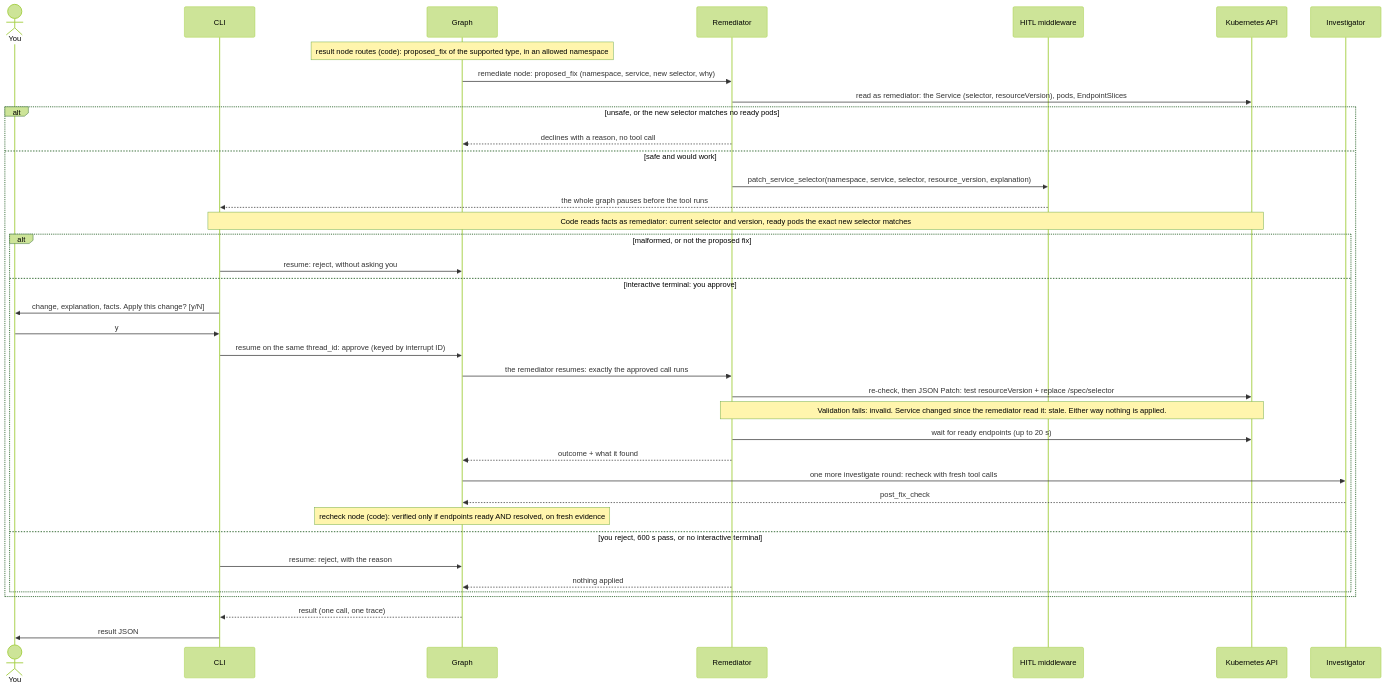
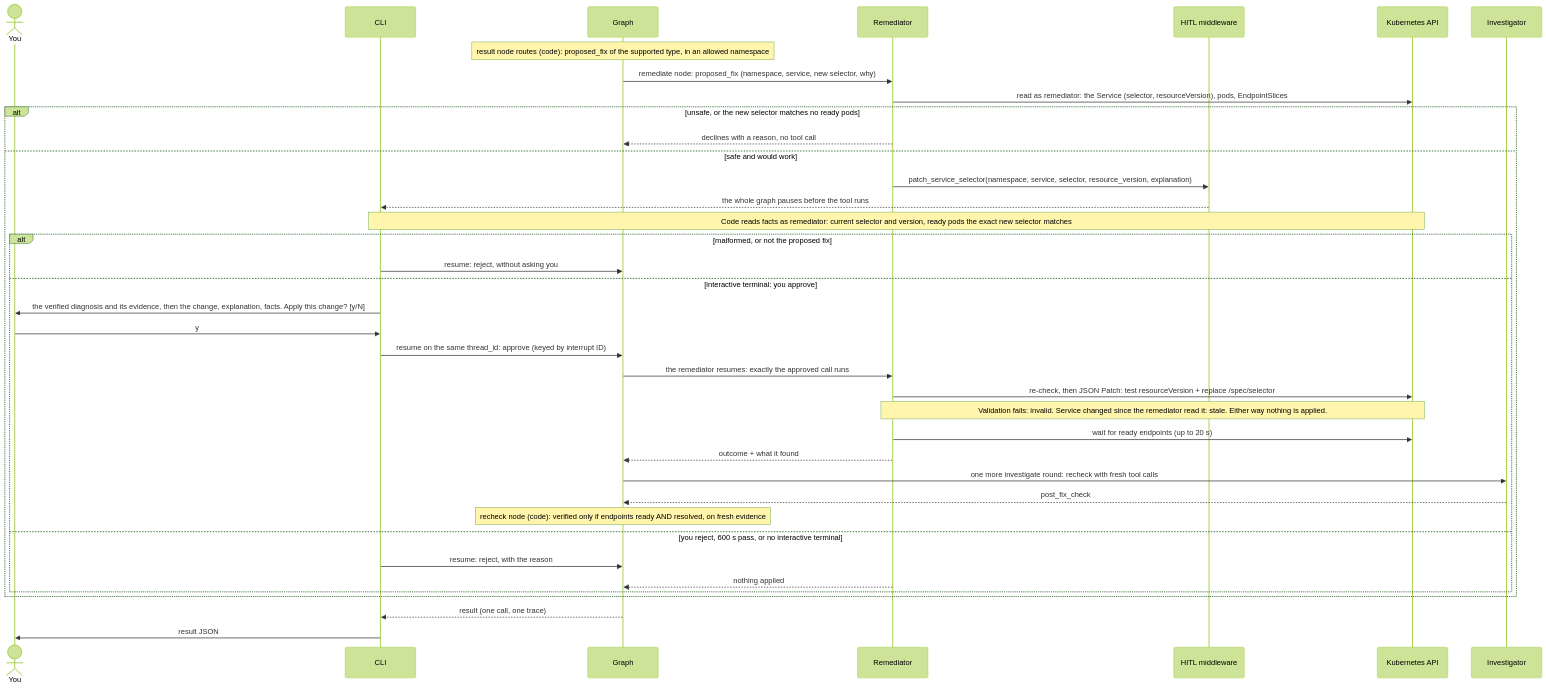
Before and after one commit to tomershukhman/k8s-troubleshooting-agent: the fourth of 7 diagrams in SPEC.md, drawn with Mermaid (forest theme). The commit also changed other lines of this file and 11 other files, not shown here.

First line of the commit message:
Show the verified diagnosis before asking to approve the fix

````diff
--- a/SPEC.md
+++ b/SPEC.md
@@ -456,41 +456,41 @@
 ```mermaid
 sequenceDiagram
     actor U as You
     participant CLI as CLI
     participant G as Graph
     participant R as Remediator
     participant H as HITL middleware
     participant K as Kubernetes API
     participant I as Investigator
 
     Note over G: result node routes (code): proposed_fix of the supported type, in an allowed namespace
     G->>R: remediate node: proposed_fix (namespace, service, new selector, why)
     R->>K: read as remediator: the Service (selector, resourceVersion), pods, EndpointSlices
     alt unsafe, or the new selector matches no ready pods
         R-->>G: declines with a reason, no tool call
     else safe and would work
         R->>H: patch_service_selector(namespace, service, selector, resource_version, explanation)
         H-->>CLI: the whole graph pauses before the tool runs
         Note over CLI,K: Code reads facts as remediator: current selector and version, ready pods the exact new selector matches
         alt malformed, or not the proposed fix
             CLI->>G: resume: reject, without asking you
         else interactive terminal: you approve
-            CLI->>U: change, explanation, facts. Apply this change? [y/N]
+            CLI->>U: the verified diagnosis and its evidence, then the change, explanation, facts. Apply this change? [y/N]
             U->>CLI: y
             CLI->>G: resume on the same thread_id: approve (keyed by interrupt ID)
             G->>R: the remediator resumes: exactly the approved call runs
             R->>K: re-check, then JSON Patch: test resourceVersion + replace /spec/selector
             Note over R,K: Validation fails: invalid. Service changed since the remediator read it: stale. Either way nothing is applied.
             R->>K: wait for ready endpoints (up to 20 s)
             R-->>G: outcome + what it found
             G->>I: one more investigate round: recheck with fresh tool calls
             I-->>G: post_fix_check
             Note over G: recheck node (code): verified only if endpoints ready AND resolved, on fresh evidence
         else you reject, 600 s pass, or no interactive terminal
             CLI->>G: resume: reject, with the reason
             R-->>G: nothing applied
         end
     end
     G-->>CLI: result (one call, one trace)
     CLI->>U: result JSON
 ```
````
